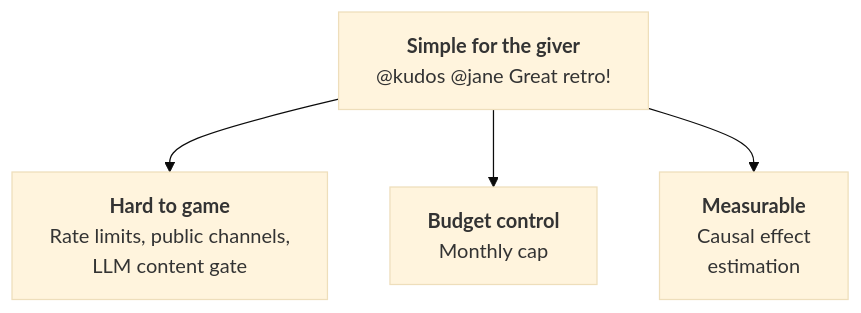
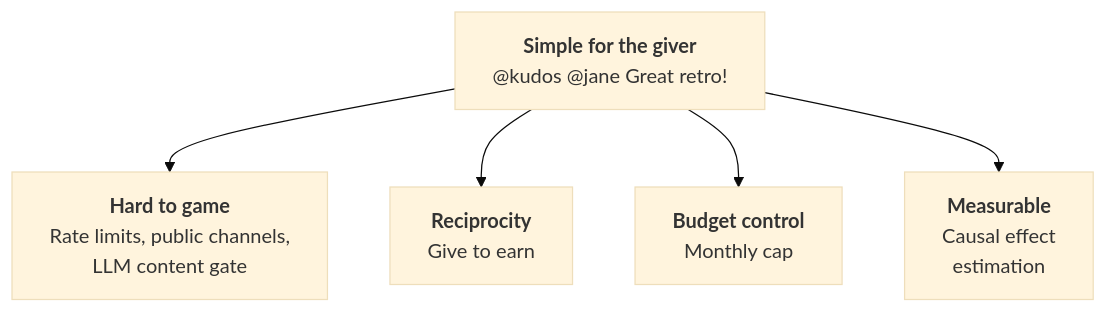
The first of 4 diagrams in presentation/slideshow.md (samanklesaria/kudos-bot), drawn with Mermaid (base theme) before and after one commit. The commit also changed other lines of this file, not shown here.

````diff
--- a/presentation/slideshow.md
+++ b/presentation/slideshow.md
@@ -16,6 +3,7 @@
 ```mermaid
 graph TD
     A["<b>Simple for the giver</b><br>@kudos @jane Great retro!"] --> B["<b>Hard to game</b><br>Rate limits, public channels,<br>LLM content gate"]
-    A --> C["<b>Budget control</b><br>Monthly cap"]
-    A --> D["<b>Measurable</b><br>Causal effect<br>estimation"]
+    A --> C["<b>Reciprocity</b><br>Give to earn"]
+    A --> D["<b>Budget control</b><br>Monthly cap"]
+    A --> E["<b>Measurable</b><br>Causal effect<br>estimation"]
 ```
````
